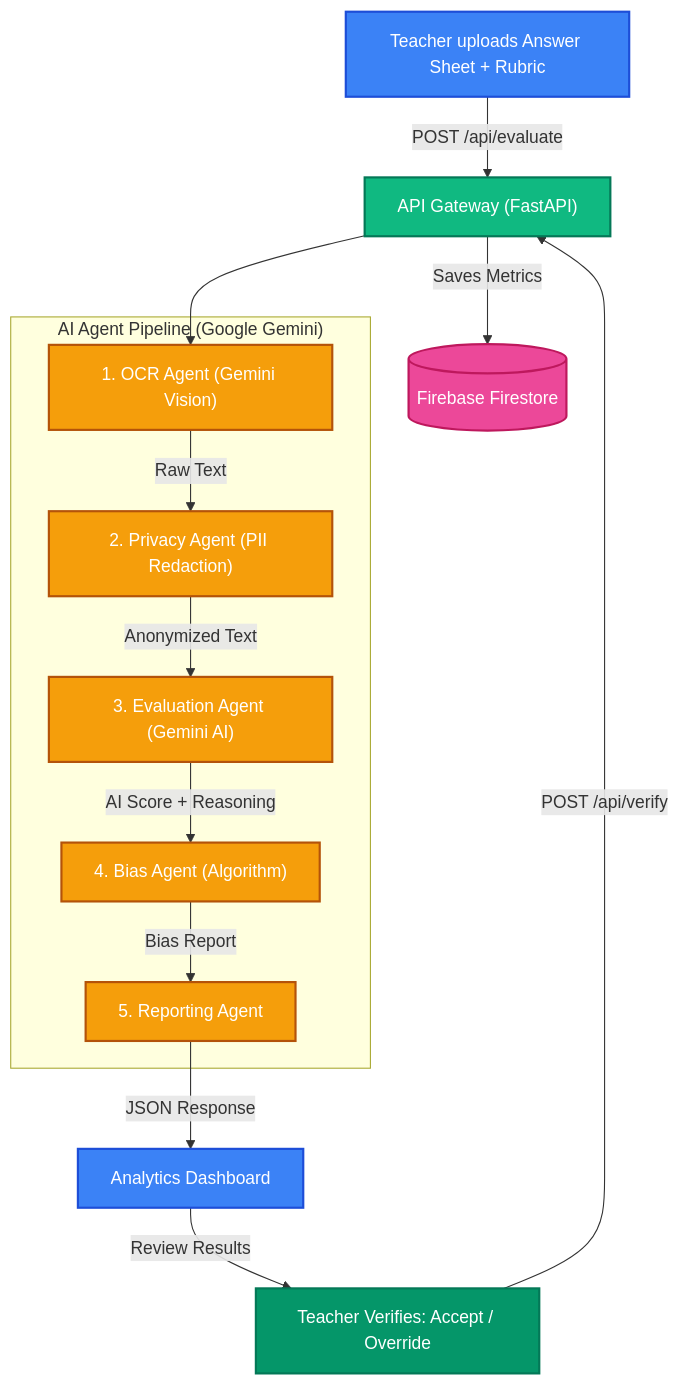
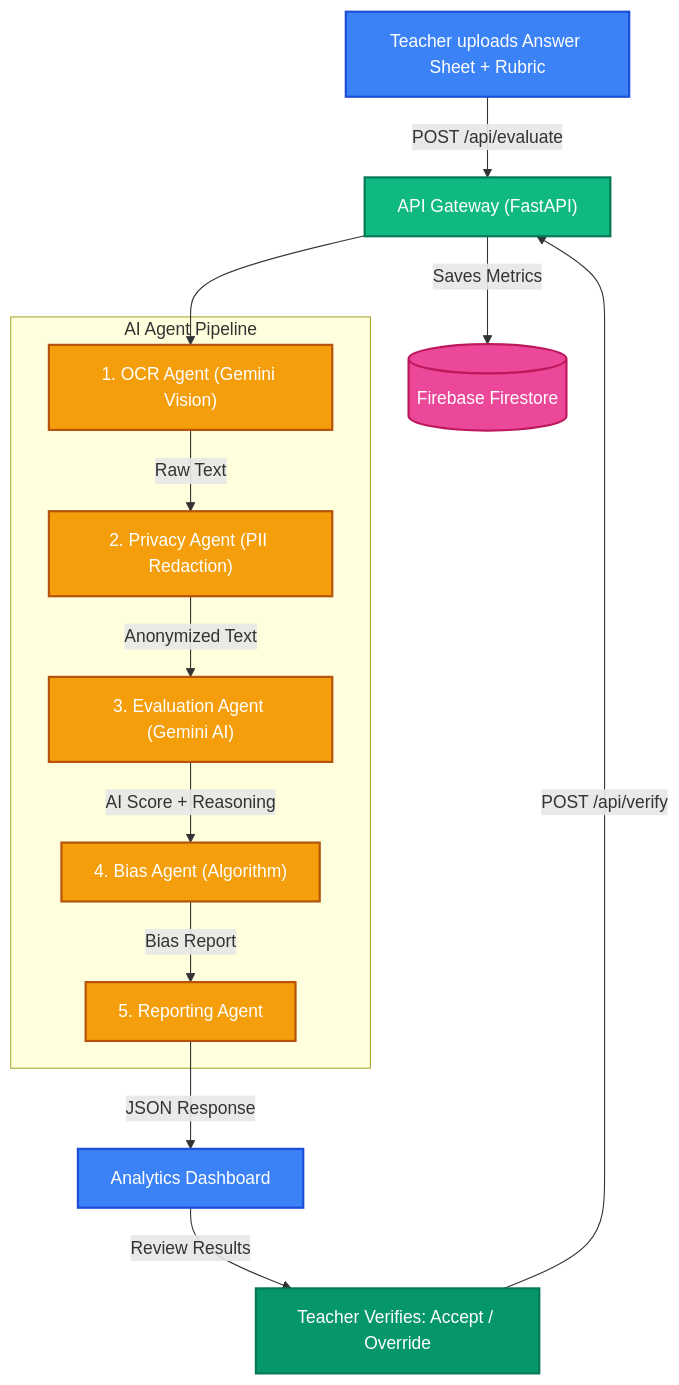
Before and after one commit to Yashasm18/Fair-Grade: the diagram in README.md, drawn with Mermaid.

Commit message:
Fix formatting of AI Agent Pipeline in READMEdocs: fix Mermaid diagram syntax for compatibility

````diff
--- a/README.md
+++ b/README.md
@@ -119,34 +119,34 @@
 ```mermaid
 graph TD
     classDef frontend fill:#3b82f6,stroke:#1d4ed8,stroke-width:2px,color:#fff;
     classDef backend fill:#10b981,stroke:#047857,stroke-width:2px,color:#fff;
     classDef agents fill:#f59e0b,stroke:#b45309,stroke-width:2px,color:#fff;
     classDef database fill:#ec4899,stroke:#be185d,stroke-width:2px,color:#fff;
     classDef hitl fill:#059669,stroke:#047857,stroke-width:2px,color:#fff;
 
     A["Teacher uploads Answer Sheet + Rubric"]:::frontend
     B["Analytics Dashboard"]:::frontend
     C["API Gateway (FastAPI)"]:::backend
 
-    subgraph pipeline ["AI Agent Pipeline (Google Gemini)"]
+        subgraph "AI Agent Pipeline"
         D["1. OCR Agent (Gemini Vision)"]:::agents
         E["2. Privacy Agent (PII Redaction)"]:::agents
         F["3. Evaluation Agent (Gemini AI)"]:::agents
         G["4. Bias Agent (Algorithm)"]:::agents
         H["5. Reporting Agent"]:::agents
     end
 
-    I[("Firebase Firestore")]:::database
+        I[(Firebase Firestore)]:::database
     J["Teacher Verifies: Accept / Override"]:::hitl
 
     A -->|"POST /api/evaluate"| C
     C --> D
     D -->|"Raw Text"| E
     E -->|"Anonymized Text"| F
     F -->|"AI Score + Reasoning"| G
     G -->|"Bias Report"| H
     H -->|"JSON Response"| B
     B -->|"Review Results"| J
     J -->|"POST /api/verify"| C
     C -->|"Saves Metrics"| I
 ```
````
